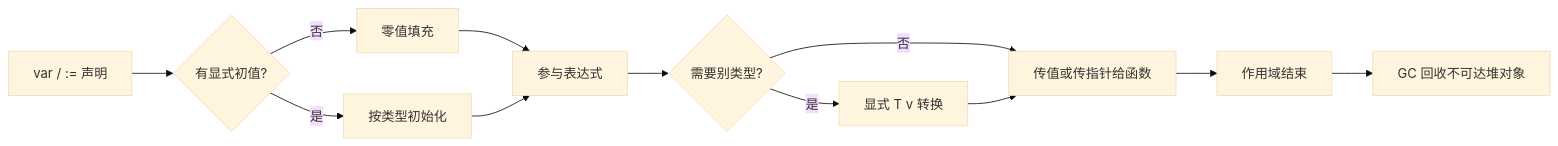
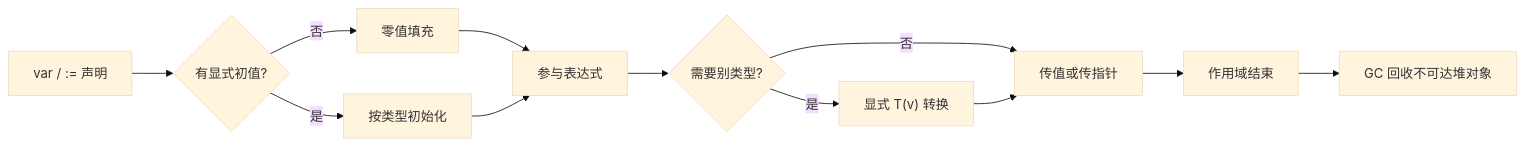
The first of 3 diagrams in 05-开发能力/03-Go/01-基础语法与类型系统/知识点.md (ml-cuizijun/LearnToLilith), drawn with Mermaid (base theme) before and after one commit. The commit also changed other lines of this file and 178 other files, not shown here.

````diff
--- a/05-开发能力/03-Go/01-基础语法与类型系统/知识点.md
+++ b/05-开发能力/03-Go/01-基础语法与类型系统/知识点.md
@@ -84,14 +86,14 @@
 ```mermaid
 flowchart LR
-    A[var / := 声明] --> B{有显式初值?}
+    A["var / := 声明"] --> B{有显式初值?}
     B -->|否| C[零值填充]
     B -->|是| D[按类型初始化]
     C --> E[参与表达式]
     D --> E
     E --> F{需要别类型?}
-    F -->|是| G[显式 T v 转换]
-    F -->|否| H[传值或传指针给函数]
+    F -->|是| G["显式 T(v) 转换"]
+    F -->|否| H[传值或传指针]
     G --> H
     H --> I[作用域结束]
     I --> J[GC 回收不可达堆对象]
 ```
````
